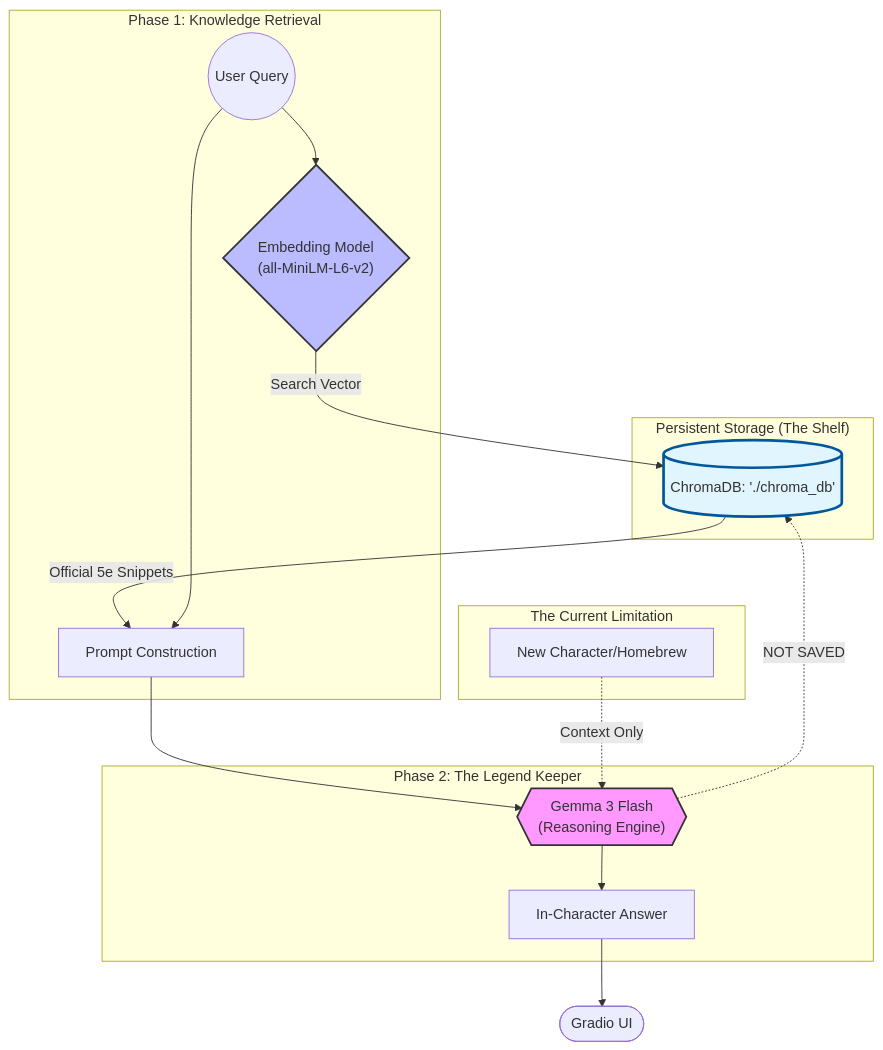
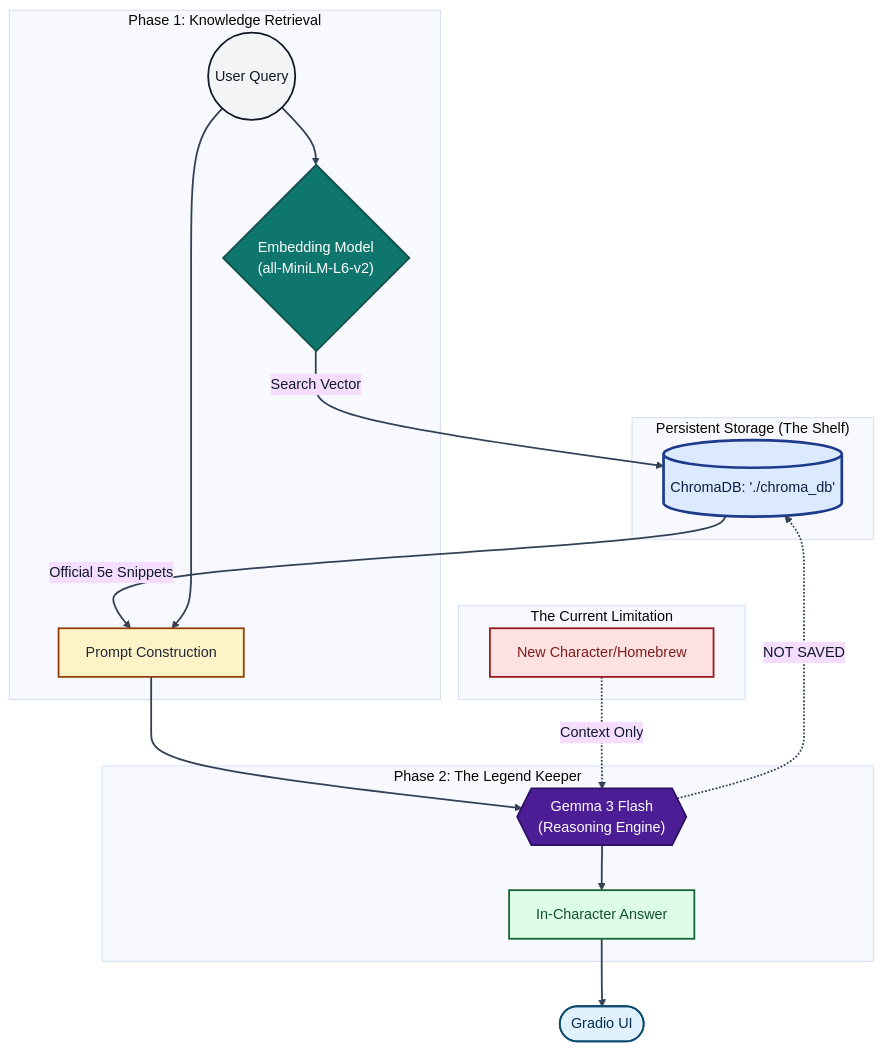
One commit to tony-shifflett/Legend changed the diagram in README.md. Above: the diagram before and after it, drawn with Mermaid.

Commit message:
Enhance mermaid diagram styling and initialization in README for improved clarity and consistency

````diff
--- a/README.md
+++ b/README.md
@@ -1,29 +1,42 @@
 ```mermaid
+%%{init: {'theme':'base','themeVariables':{
+    'fontFamily':'Segoe UI, Arial, sans-serif',
+    'textColor':'#111827',
+    'lineColor':'#334155',
+    'primaryTextColor':'#111827',
+    'primaryBorderColor':'#1f2937'
+}}}%%
 graph TD
     subgraph "Persistent Storage (The Shelf)"
         A[(ChromaDB: './chroma_db')]
-        style A fill:#e1f5fe,stroke:#01579b,stroke-width:3px
+                style A fill:#dbeafe,stroke:#1e3a8a,stroke-width:3px,color:#0b1f44
     end
 
     subgraph "Phase 1: Knowledge Retrieval"
         User((User Query)) --> B{"Embedding Model <br/>(all-MiniLM-L6-v2)"}
         B -->|Search Vector| A
         A -->|Official 5e Snippets| C[Prompt Construction]
     end
 
     subgraph "Phase 2: The Legend Keeper"
         User --> C
         C --> D{{"Gemma 3 Flash <br/>(Reasoning Engine)"}}
         D --> E[In-Character Answer]
     end
 
     subgraph "The Current Limitation"
         F[New Character/Homebrew] -.->|Context Only| D
         D -.->|NOT SAVED| A
     end
 
     E --> Interface([Gradio UI])
 
-    style D fill:#f9f,stroke:#333,stroke-width:2px
-    style B fill:#bbf,stroke:#333,stroke-width:2px
+    style User fill:#f3f4f6,stroke:#111827,stroke-width:2px,color:#111827
+    style B fill:#0f766e,stroke:#134e4a,stroke-width:2px,color:#ffffff
+    style C fill:#fef3c7,stroke:#92400e,stroke-width:2px,color:#1f2937
+    style D fill:#4c1d95,stroke:#2e1065,stroke-width:2px,color:#ffffff
+    style E fill:#dcfce7,stroke:#166534,stroke-width:2px,color:#14532d
+    style F fill:#fee2e2,stroke:#991b1b,stroke-width:2px,color:#7f1d1d
+    style Interface fill:#e0f2fe,stroke:#0c4a6e,stroke-width:2px,color:#082f49
+    linkStyle default stroke:#334155,stroke-width:2px,color:#111827
 ```
````
